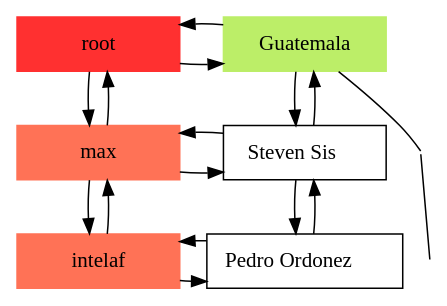
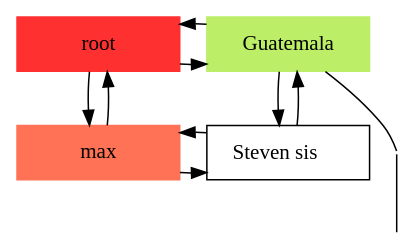
One commit to Stevensis/EDD20VJ_Proyecto1 changed the diagram in Prueba.dot. Above: the diagram before and after it, drawn with Graphviz. The commit also changed 25 other files, not shown here.

```diff
--- a/Prueba.dot
+++ b/Prueba.dot
@@ -1,36 +1,23 @@
 digraph Sparce_Matrix { 
  node [shape=box];
 -1[ label = "root", width = 1.5, style = filled, color = firebrick1, group = 1 ]; 
  e0[ shape = point, width = 0 ]; 
  e1[ shape = point, width = 0 ]; 
 
  /* Empresas */ 
 1 [label = "max"    pos = "5.3,3.5!" width = 1.5 style = filled, color = coral1, group = 1 ]; 
 { rank = same; 1 ; 0 }
 1 -> 0
 0 -> 1
 e0[ shape = point, width = 0 ];{ rank = same; 1; e0 }
- /* Empresas */ 
-4 [label = "intelaf"    pos = "5.3,3.5!" width = 1.5 style = filled, color = coral1, group = 1 ]; 
-{ rank = same; 4 ; 3 }
-4 -> 3
-3 -> 4
-e1[ shape = point, width = 0 ];{ rank = same; 4; e1 }
-   /* Enlacex entre empresas */ 
-1 -> 4
-4 -> 1
-
  /* Departamentos */ 
 2 [label = "Guatemala"   width = 1.5 style = filled, color = darkolivegreen2, group =2 ];
-0 [label = <<table border = "0"><tr><td>Steven Sis</td></tr></table>>, width = 1.5, group = 2 ];
-3 [label = <<table border = "0"><tr><td>Pedro Ordonez</td></tr></table>>, width = 1.5, group = 2 ];
+0 [label = <<table border = "0"><tr><td>Steven sis</td></tr></table>>, width = 1.5, group = 2 ];
 2 -> 0
 0 -> 2
-0 -> 3
-3 -> 0
 2 -> e0 -> e1[ dir = none ];-1 -> 2
 2 -> -1
 -1 -> 1
 1 -> -1
  { rank = same; -1; 2;  }
 }
```
